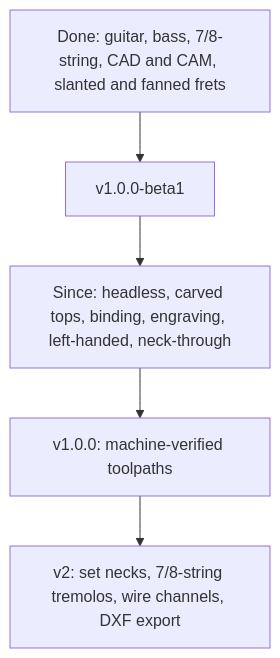
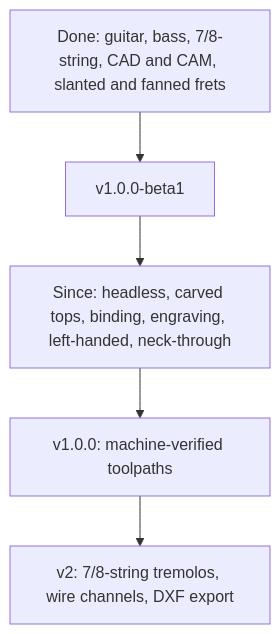
Before and after one commit to jolappi/CNCguitarwizard: the diagram in ROADMAP.md, drawn with Mermaid. The commit also changed other lines of this file and 13 other files, not shown here.

````diff
--- a/ROADMAP.md
+++ b/ROADMAP.md
@@ -90,7 +89,7 @@
 ```mermaid
 flowchart TD
     Done["Done: guitar, bass, 7/8-string, CAD and CAM, slanted and fanned frets"] --> Beta["v1.0.0-beta1"]
     Beta --> More["Since: headless, carved tops, binding, engraving, left-handed, neck-through"]
     More --> V1["v1.0.0: machine-verified toolpaths"]
-    V1 --> V2["v2: set necks, 7/8-string tremolos, wire channels, DXF export"]
+    V1 --> V2["v2: 7/8-string tremolos, wire channels, DXF export"]
 ```
````
